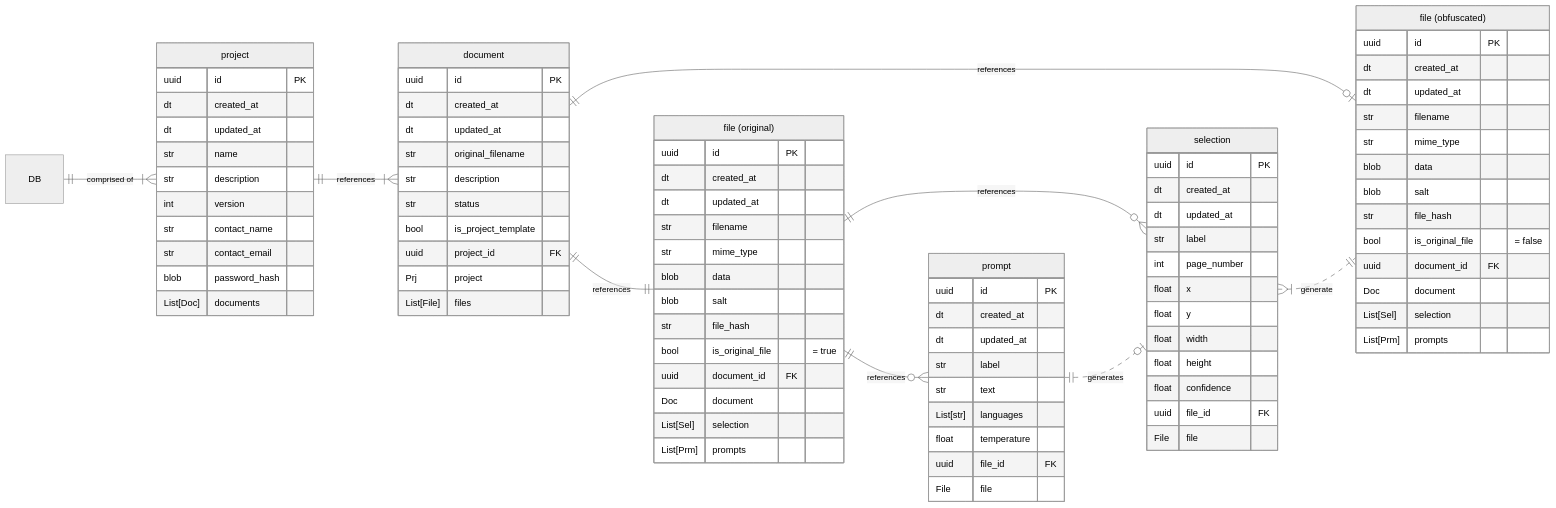
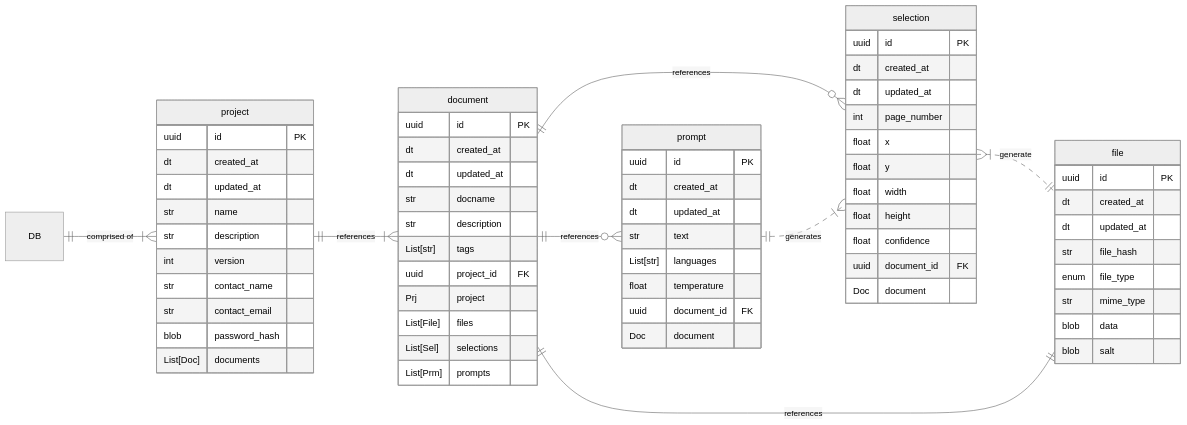
Before and after one commit to RamonOpazo/sero: the diagram in docs/entity-relationship.md, drawn with Mermaid (neutral theme). The commit also changed 30 other files, not shown here.

````diff
--- a/docs/entity-relationship.md
+++ b/docs/entity-relationship.md
@@ -19,80 +19,57 @@
         uuid id PK
         dt created_at
         dt updated_at
-        str original_filename
+        str docname
         str description
-        str status
-        bool is_project_template
+        List[str] tags
         uuid project_id FK
         Prj project
         List[File] files
+        List[Sel] selections
+        List[Prm] prompts
     }
 
-    "file (original)" {
+    file {
         uuid id PK
         dt created_at
         dt updated_at
-        str filename
+        str file_hash
+        enum file_type
         str mime_type
         blob data
         blob salt
-        str file_hash
-        bool is_original_file "= true"
-        uuid document_id FK
-        Doc document
-        List[Sel] selection
-        List[Prm] prompts
-    }
-
-    "file (obfuscated)" {
-        uuid id PK
-        dt created_at
-        dt updated_at
-        str filename
-        str mime_type
-        blob data
-        blob salt
-        str file_hash
-        bool is_original_file "= false"
-        uuid document_id FK
-        Doc document
-        List[Sel] selection
-        List[Prm] prompts
     }
 
     selection {
         uuid id PK
         dt created_at
         dt updated_at
-        str label
         int page_number
         float x
         float y
         float width
         float height
         float confidence
-        uuid file_id FK
-        File file
+        uuid document_id FK
+        Doc document
     }
 
     prompt {
         uuid id PK
         dt created_at
         dt updated_at
-        str label
         str text
         List[str] languages
         float temperature
-        uuid file_id FK
-        File file
+        uuid document_id FK
+        Doc document
     }
 
     DB ||--|{ project : "comprised of"
     project ||--|{ document : references
-    document ||--|| "file (original)" : references
-    document ||--O| "file (obfuscated)" : references
-    "file (original)" ||--O{ selection : references
-    "file (original)" ||--O{ prompt : references
-    prompt ||..O| selection : generates
-    selection }|..|| "file (obfuscated)" : generate
+    file ||--|| document : references
+    document||--O{ selection : references
+    document ||--O{ prompt : references
+    prompt ||..|{ selection : generates
+    selection }|..|| file : generate
 ```
````
